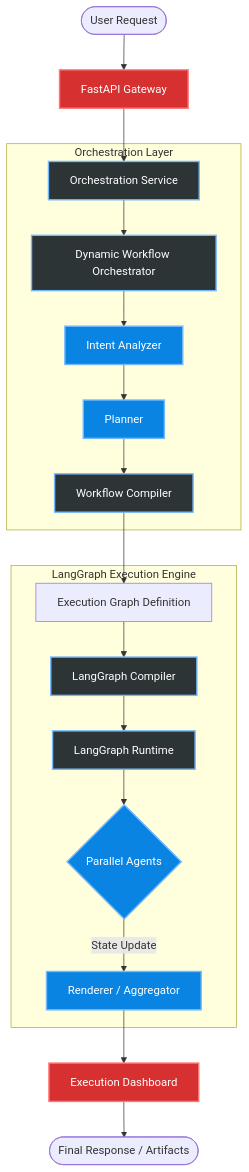
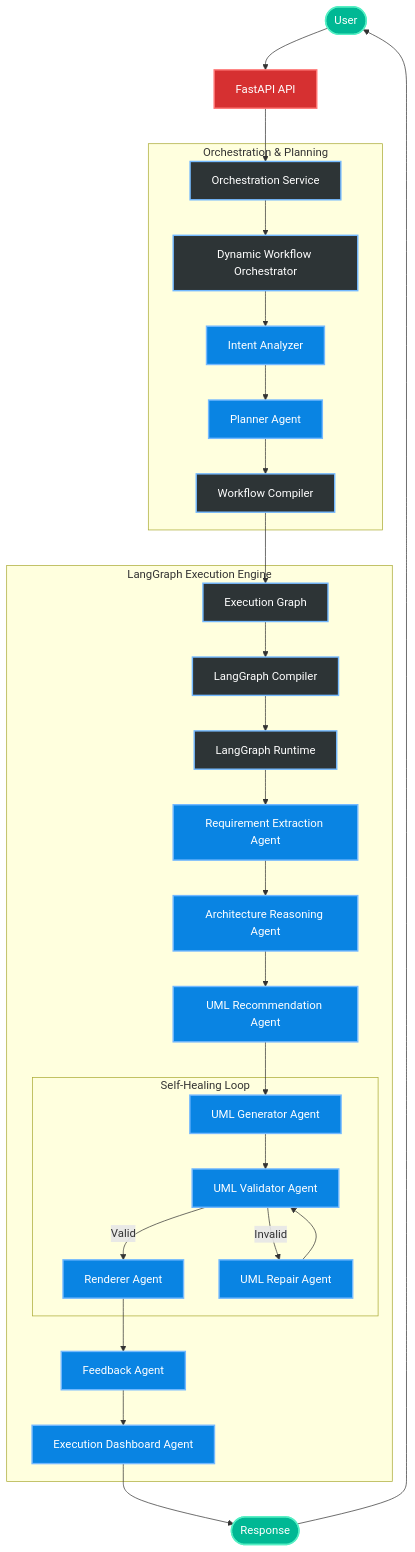
One commit to gunabh25/forge-ai-langgraph changed the first of 3 diagrams in README.md. Above: the diagram before and after it, drawn with Mermaid. The commit also changed other lines of this file, not shown here.

Commit message:
docs: update architecture documentation with revised execution flow and detailed component breakdowns

````diff
--- a/README.md
+++ b/README.md
@@ -71,32 +73,46 @@
 ```mermaid
 flowchart TD
-    User([User Request]) --> FastAPI[FastAPI Gateway]
+    User([User]) --> FastAPI[FastAPI API]
     FastAPI --> OS[Orchestration Service]
     
-    subgraph Orchestration Layer
+    subgraph Orchestration & Planning
         OS --> DWO[Dynamic Workflow Orchestrator]
         DWO --> IA[Intent Analyzer]
-        IA --> Planner[Planner]
+        IA --> Planner[Planner Agent]
         Planner --> WC[Workflow Compiler]
     end
 
     subgraph LangGraph Execution Engine
-        WC --> EG[Execution Graph Definition]
+        WC --> EG[Execution Graph]
         EG --> LGC[LangGraph Compiler]
         LGC --> LGR[LangGraph Runtime]
         
-        LGR --> ParallelAgents{Parallel Agents}
-        ParallelAgents --> |State Update| Renderer[Renderer / Aggregator]
+        LGR --> REA[Requirement Extraction Agent]
+        REA --> ARA[Architecture Reasoning Agent]
+        ARA --> URA[UML Recommendation Agent]
+        URA --> UGA[UML Generator Agent]
+        
+        subgraph Self-Healing Loop
+            UGA --> UVA[UML Validator Agent]
+            UVA -->|Valid| Ren
+            UVA -->|Invalid| URepA[UML Repair Agent]
+            URepA --> UVA
+        end
+        
+        Ren[Renderer Agent] --> FA[Feedback Agent]
+        FA --> EDA[Execution Dashboard Agent]
     end
 
-    Renderer --> Dashboard[Execution Dashboard]
-    Dashboard --> Response([Final Response / Artifacts])
+    EDA --> Response([Response])
+    Response --> User
 
     classDef core fill:#2d3436,stroke:#74b9ff,stroke-width:2px,color:#fff;
     classDef agent fill:#0984e3,stroke:#74b9ff,stroke-width:2px,color:#fff;
     classDef engine fill:#d63031,stroke:#ff7675,stroke-width:2px,color:#fff;
+    classDef user fill:#00b894,stroke:#55efc4,stroke-width:2px,color:#fff;
 
-    class OS,DWO,WC,LGC,LGR core;
-    class IA,Planner,ParallelAgents,Renderer agent;
-    class FastAPI,Dashboard engine;
+    class OS,DWO,WC,EG,LGC,LGR core;
+    class IA,Planner,REA,ARA,URA,UGA,UVA,URepA,Ren,FA,EDA agent;
+    class FastAPI engine;
+    class User,Response user;
 ```
````
